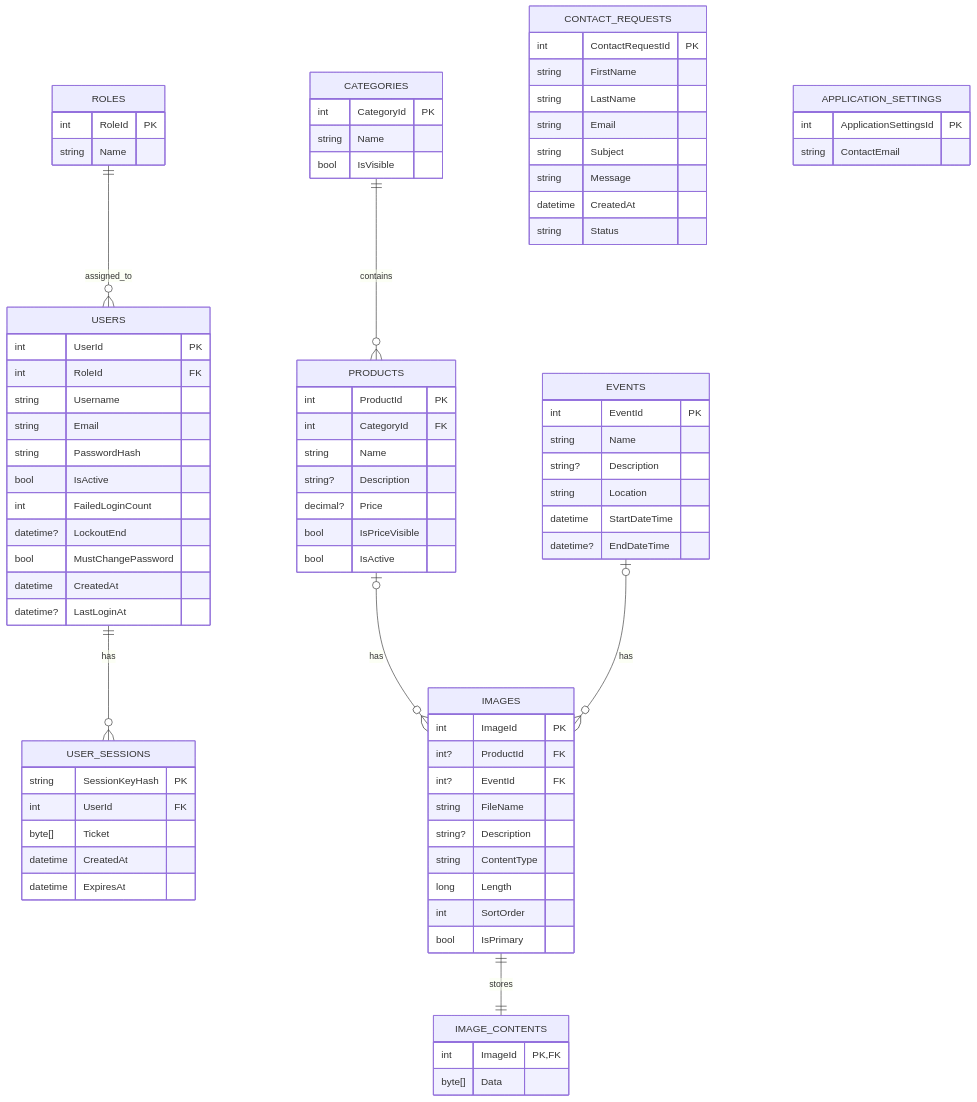
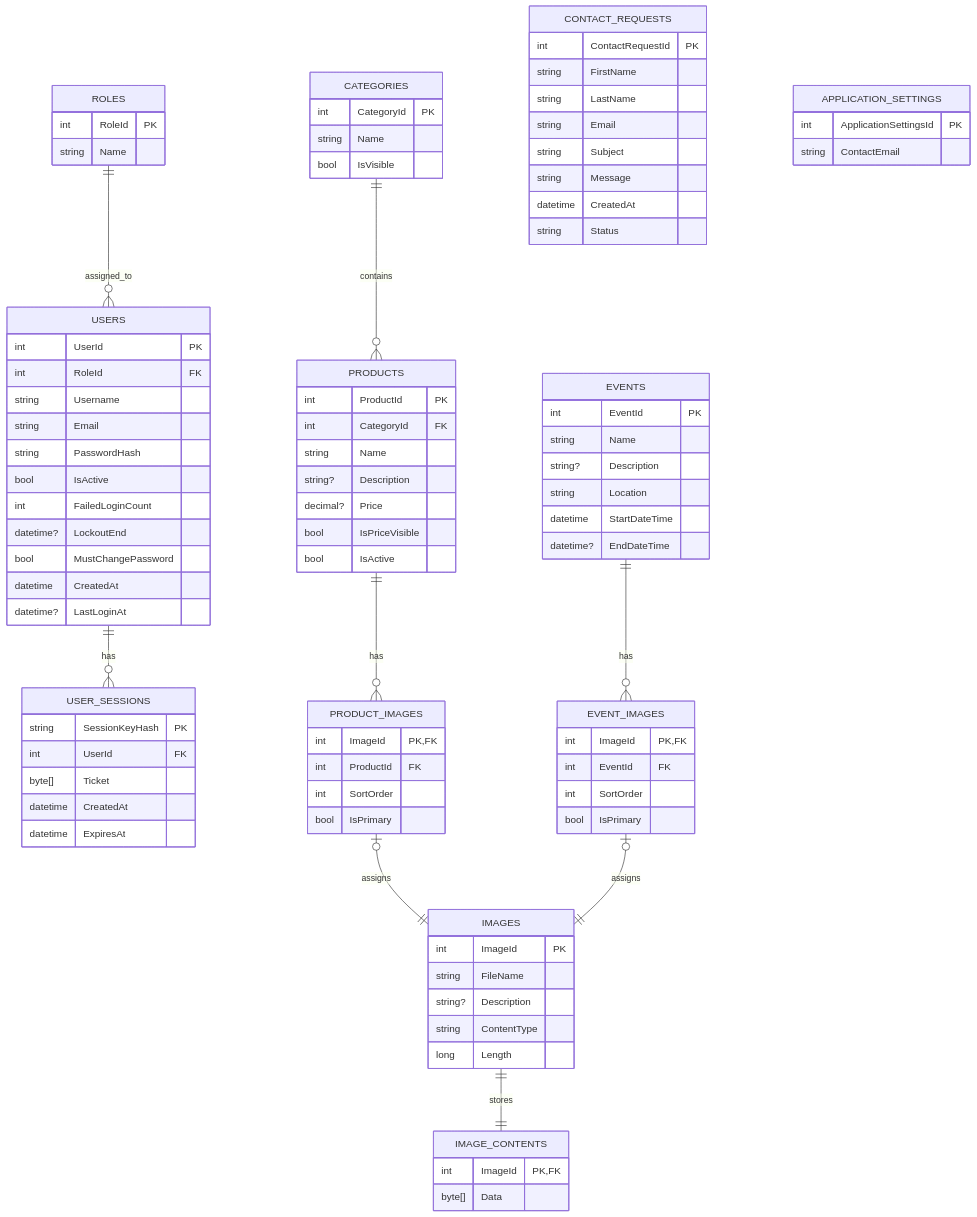
One commit to SchuelerfirmaBBS1/Webseite_Schuelerfirma_04 changed the diagram in documentation/UMLEntityRelationshipDiagramm.mmd. Above: the diagram before and after it, drawn with Mermaid. The commit also changed 4 other files, not shown here.

Commit message:
docs(images): describe image assignments

```diff
--- a/documentation/UMLEntityRelationshipDiagramm.mmd
+++ b/documentation/UMLEntityRelationshipDiagramm.mmd
@@ -1,96 +1,108 @@
 erDiagram
 
     USERS {
         int UserId PK
         int RoleId FK
         string Username
         string Email
         string PasswordHash
         bool IsActive
         int FailedLoginCount
         datetime? LockoutEnd
         bool MustChangePassword
         datetime CreatedAt
         datetime? LastLoginAt
     }
 
     ROLES {
         int RoleId PK
         string Name
     }
 
     USER_SESSIONS {
         string SessionKeyHash PK
         int UserId FK
         byte[] Ticket
         datetime CreatedAt
         datetime ExpiresAt
     }
 
     CATEGORIES {
         int CategoryId PK
         string Name
         bool IsVisible
     }
 
     PRODUCTS {
         int ProductId PK
         int CategoryId FK
         string Name
         string? Description
         decimal? Price
         bool IsPriceVisible
         bool IsActive
     }
 
     EVENTS {
         int EventId PK
         string Name
         string? Description
         string Location
         datetime StartDateTime
         datetime? EndDateTime
     }
 
-    %% One image table for all owners: exactly one of ProductId / EventId is set (CK_Images_ExactlyOneOwner).
-    %% EventId comes with the events (#14).
+    %% Owners point to their images through an assignment table; IMAGES knows no owner.
+    %% EVENT_IMAGES comes with the events (#14).
     IMAGES {
         int ImageId PK
-        int? ProductId FK
-        int? EventId FK
         string FileName
         string? Description
         string ContentType
         long Length
+    }
+
+    PRODUCT_IMAGES {
+        int ImageId PK, FK
+        int ProductId FK
+        int SortOrder
+        bool IsPrimary
+    }
+
+    EVENT_IMAGES {
+        int ImageId PK, FK
+        int EventId FK
         int SortOrder
         bool IsPrimary
     }
 
     IMAGE_CONTENTS {
         int ImageId PK, FK
         byte[] Data
     }
 
     CONTACT_REQUESTS {
         int ContactRequestId PK
         string FirstName
         string LastName
         string Email
         string Subject
         string Message
         datetime CreatedAt
         string Status
     }
 
     APPLICATION_SETTINGS {
         int ApplicationSettingsId PK
         string ContactEmail
     }
 
     CATEGORIES ||--o{ PRODUCTS : contains
-    PRODUCTS |o--o{ IMAGES : has
-    EVENTS |o--o{ IMAGES : has
+    PRODUCTS ||--o{ PRODUCT_IMAGES : has
+    PRODUCT_IMAGES |o--|| IMAGES : assigns
+    EVENTS ||--o{ EVENT_IMAGES : has
+    EVENT_IMAGES |o--|| IMAGES : assigns
     IMAGES ||--|| IMAGE_CONTENTS : stores
 
     ROLES ||--o{ USERS : assigned_to
     USERS ||--o{ USER_SESSIONS : has
```
